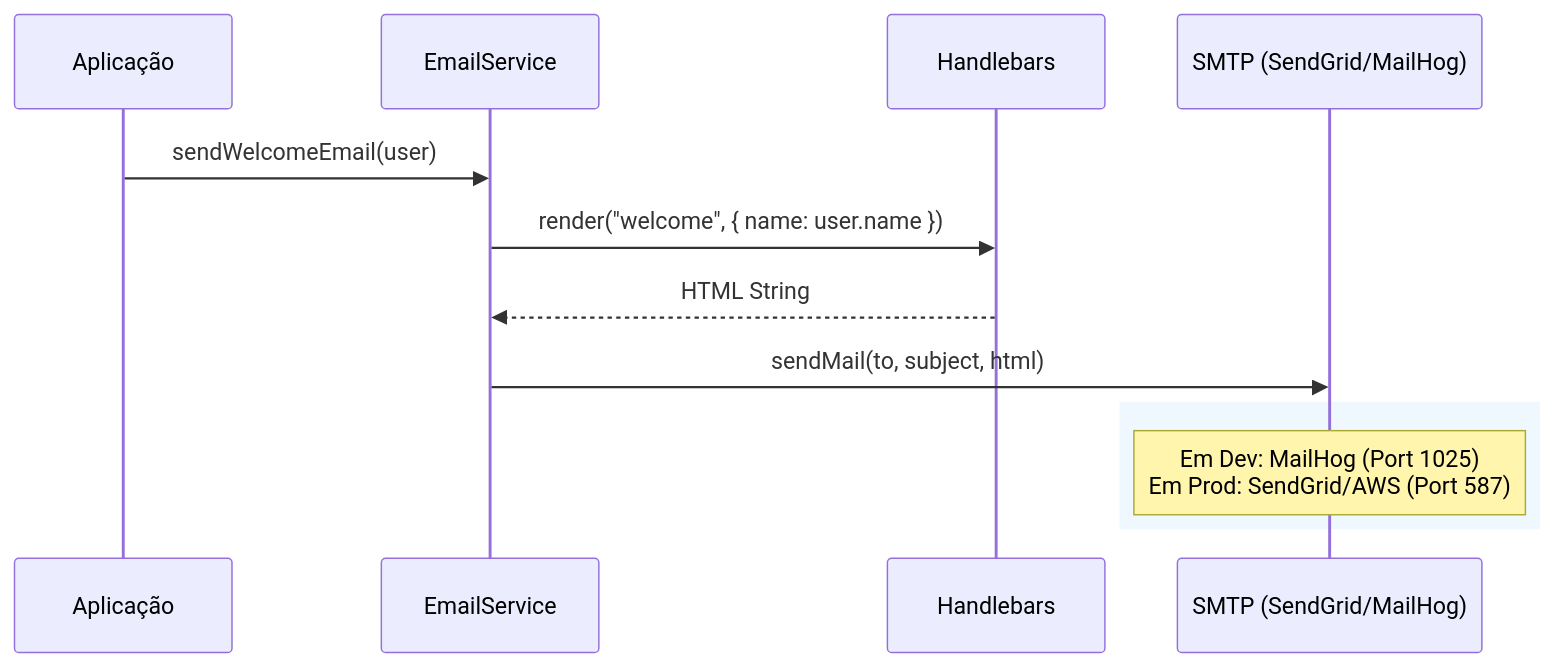
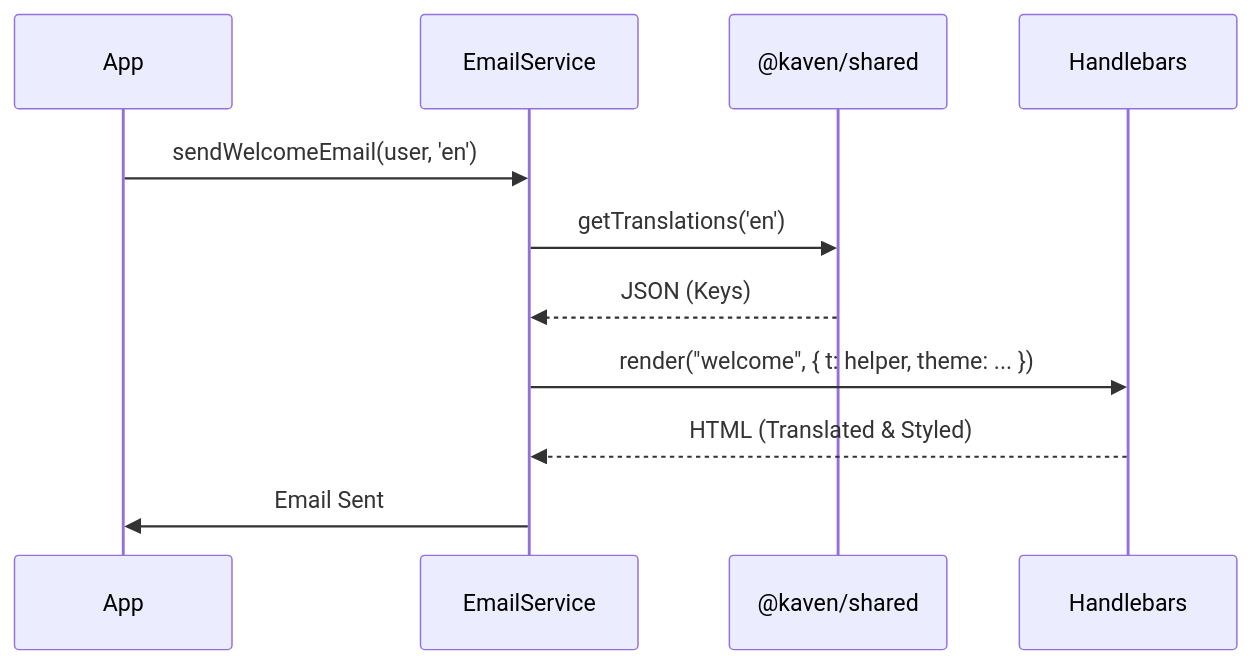
One commit to bychrisr/kaven-boilerplate changed the diagram in apps/docs/content/platform/features/email-system.mdx. Above: the diagram before and after it, drawn with Mermaid. The commit also changed other lines of this file, not shown here.

Commit message:
docs: update email system documentation with i18n and new templates

````diff
--- a/apps/docs/content/platform/features/email-system.mdx
+++ b/apps/docs/content/platform/features/email-system.mdx
@@ -33,16 +59,14 @@
 ```mermaid
 sequenceDiagram
-    participant App as Aplicação
+    participant App
     participant Service as EmailService
+    participant I18n as @kaven/shared
     participant HBS as Handlebars
-    participant SMTP as SMTP (SendGrid/MailHog)
 
-    App->>Service: sendWelcomeEmail(user)
-    Service->>HBS: render("welcome", { name: user.name })
-    HBS-->>Service: HTML String
-    Service->>SMTP: sendMail(to, subject, html)
-
-    rect rgb(240, 248, 255)
-        Note over SMTP: Em Dev: MailHog (Port 1025)<br/>Em Prod: SendGrid/AWS (Port 587)
-    end
+    App->>Service: sendWelcomeEmail(user, 'en')
+    Service->>I18n: getTranslations('en')
+    I18n-->>Service: JSON (Keys)
+    Service->>HBS: render("welcome", { t: helper, theme: ... })
+    HBS-->>Service: HTML (Translated & Styled)
+    Service->>App: Email Sent
 ```
````
